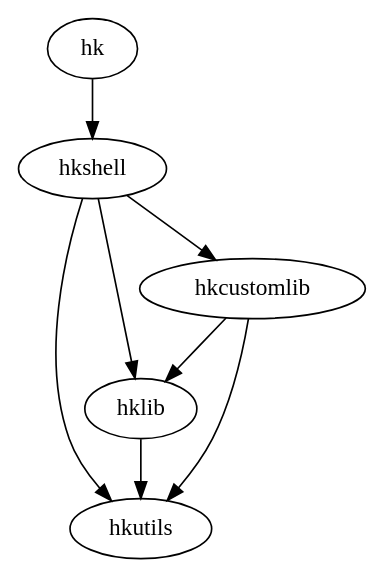
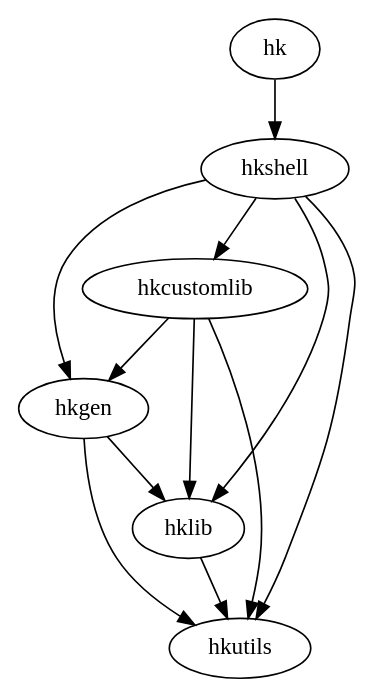
One commit to hcs42/heapkeeper-old changed the diagram in doc/module_deps.dot. Above: the diagram before and after it, drawn with Graphviz. The commit also changed 6 other files, not shown here.

```diff
--- a/doc/module_deps.dot
+++ b/doc/module_deps.dot
@@ -1,9 +1,14 @@
+// $ dot -Tpng -o images/module_deps.png module_deps.dot
 digraph {
     hklib -> hkutils;
+    hkgen -> hkutils;
+    hkgen -> hklib;
+    hkcustomlib -> hkutils;
     hkcustomlib -> hklib;
-    hkcustomlib -> hkutils;
+    hkcustomlib -> hkgen;
     hkshell -> hkutils;
     hkshell -> hklib;
+    hkshell -> hkgen;
     hkshell -> hkcustomlib;
     hk -> hkshell;
 }
```
